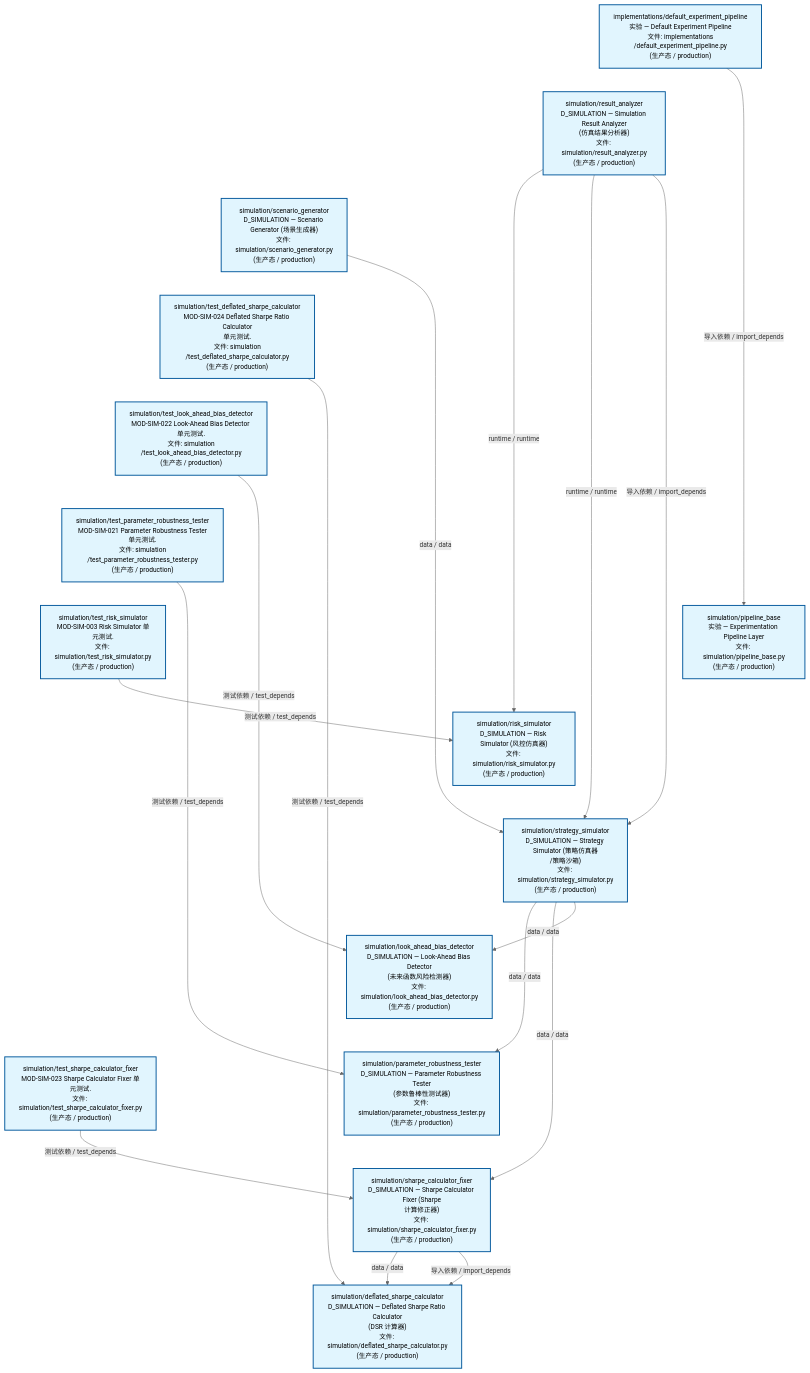
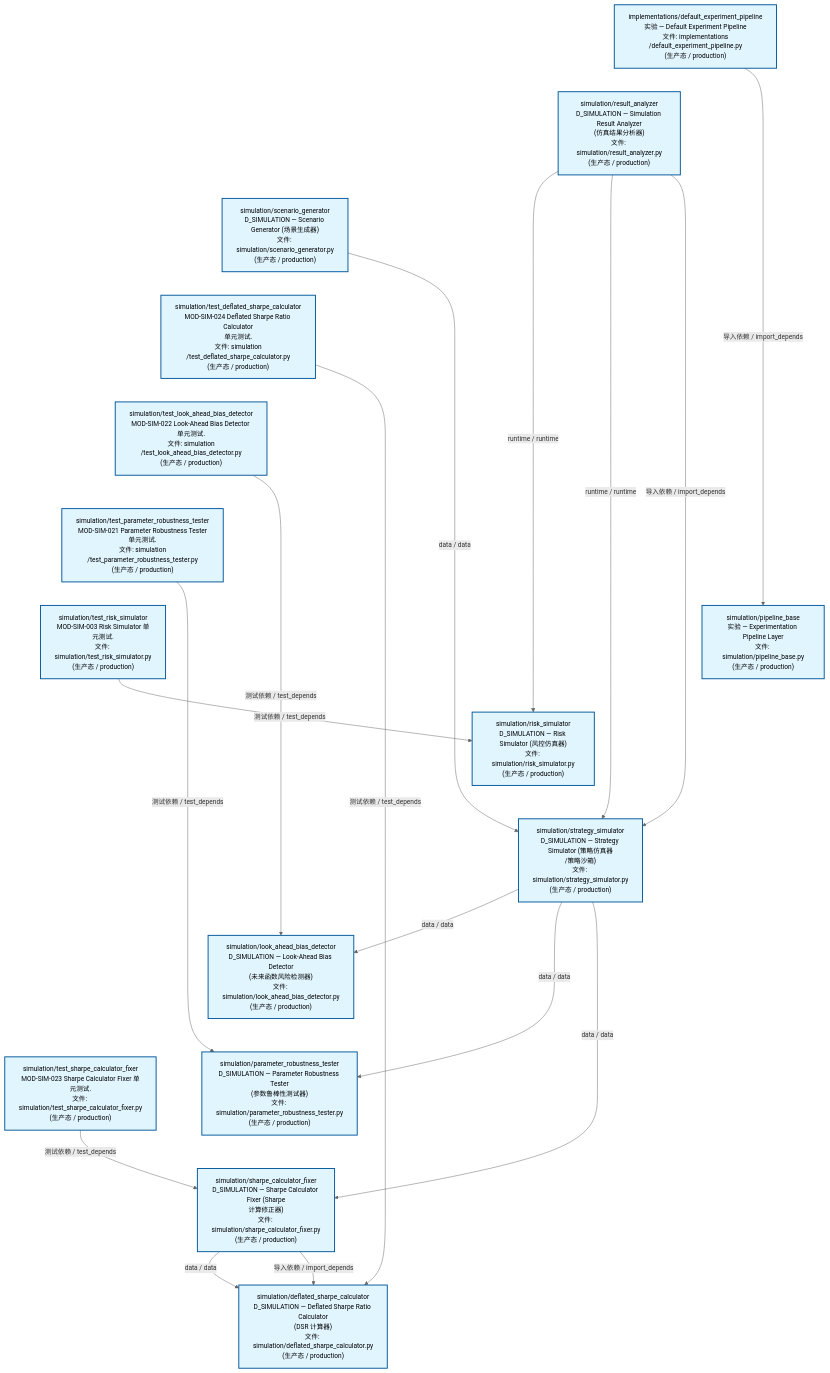
One commit to xuanFelixVan/ZephyrAlpha changed the second of 3 diagrams in docs/02_enterprise_architecture/02_domain_architecture_docs/70_d_simulation.md. Above: the diagram before and after it, drawn with Mermaid. The commit also changed other lines of this file and 79 other files, not shown here.

````diff
--- a/docs/02_enterprise_architecture/02_domain_architecture_docs/70_d_simulation.md
+++ b/docs/02_enterprise_architecture/02_domain_architecture_docs/70_d_simulation.md
@@ -123,50 +123,50 @@
 ```mermaid
 %%{init: {'theme': 'base', 'themeVariables': {'primaryColor': '#eaeaea', 'primaryTextColor': '#333333', 'primaryBorderColor': '#666666', 'lineColor': '#666666', 'secondaryColor': '#eaeaea', 'tertiaryColor': '#eaeaea', 'fontSize': '14px'}}}%%
 flowchart TD
     src_zephyr_simulation_implementations_default_experiment_pipeline_py["implementations/default_experiment_pipeline<br/>实验 — Default Experiment Pipeline<br/>文件: implementations<br/>/default_experiment_pipeline.py<br/>(生产态 / production)"]
     src_zephyr_simulation_result_analyzer_py["simulation/result_analyzer<br/>D_SIMULATION — Simulation Result Analyzer<br/>(仿真结果分析器)<br/>文件: simulation/result_analyzer.py<br/>(生产态 / production)"]
     src_zephyr_simulation_scenario_generator_py["simulation/scenario_generator<br/>D_SIMULATION — Scenario Generator (场景生成器)<br/>文件: simulation/scenario_generator.py<br/>(生产态 / production)"]
     tests_simulation_test_deflated_sharpe_calculator_py["simulation/test_deflated_sharpe_calculator<br/>MOD-SIM-024 Deflated Sharpe Ratio Calculator<br/>单元测试.<br/>文件: simulation<br/>/test_deflated_sharpe_calculator.py<br/>(生产态 / production)"]
     tests_simulation_test_look_ahead_bias_detector_py["simulation/test_look_ahead_bias_detector<br/>MOD-SIM-022 Look-Ahead Bias Detector 单元测试.<br/>文件: simulation<br/>/test_look_ahead_bias_detector.py<br/>(生产态 / production)"]
     tests_simulation_test_parameter_robustness_tester_py["simulation/test_parameter_robustness_tester<br/>MOD-SIM-021 Parameter Robustness Tester<br/>单元测试.<br/>文件: simulation<br/>/test_parameter_robustness_tester.py<br/>(生产态 / production)"]
     tests_simulation_test_risk_simulator_py["simulation/test_risk_simulator<br/>MOD-SIM-003 Risk Simulator 单元测试.<br/>文件: simulation/test_risk_simulator.py<br/>(生产态 / production)"]
     tests_simulation_test_sharpe_calculator_fixer_py["simulation/test_sharpe_calculator_fixer<br/>MOD-SIM-023 Sharpe Calculator Fixer 单元测试.<br/>文件: simulation/test_sharpe_calculator_fixer.py<br/>(生产态 / production)"]
     src_zephyr_simulation_implementations_default_experiment_pipeline_py ~~~ src_zephyr_simulation_result_analyzer_py
     src_zephyr_simulation_result_analyzer_py ~~~ src_zephyr_simulation_scenario_generator_py
     src_zephyr_simulation_scenario_generator_py ~~~ tests_simulation_test_deflated_sharpe_calculator_py
     tests_simulation_test_deflated_sharpe_calculator_py ~~~ tests_simulation_test_look_ahead_bias_detector_py
     tests_simulation_test_look_ahead_bias_detector_py ~~~ tests_simulation_test_parameter_robustness_tester_py
     tests_simulation_test_parameter_robustness_tester_py ~~~ tests_simulation_test_risk_simulator_py
     tests_simulation_test_risk_simulator_py ~~~ tests_simulation_test_sharpe_calculator_fixer_py
     src_zephyr_simulation_pipeline_base_py["simulation/pipeline_base<br/>实验 — Experimentation Pipeline Layer<br/>文件: simulation/pipeline_base.py<br/>(生产态 / production)"]
     src_zephyr_simulation_risk_simulator_py["simulation/risk_simulator<br/>D_SIMULATION — Risk Simulator (风控仿真器)<br/>文件: simulation/risk_simulator.py<br/>(生产态 / production)"]
     src_zephyr_simulation_strategy_simulator_py["simulation/strategy_simulator<br/>D_SIMULATION — Strategy Simulator (策略仿真器<br/>/策略沙箱)<br/>文件: simulation/strategy_simulator.py<br/>(生产态 / production)"]
     src_zephyr_simulation_pipeline_base_py ~~~ src_zephyr_simulation_risk_simulator_py
     src_zephyr_simulation_risk_simulator_py ~~~ src_zephyr_simulation_strategy_simulator_py
     src_zephyr_simulation_look_ahead_bias_detector_py["simulation/look_ahead_bias_detector<br/>D_SIMULATION — Look-Ahead Bias Detector<br/>(未来函数风险检测器)<br/>文件: simulation/look_ahead_bias_detector.py<br/>(生产态 / production)"]
     src_zephyr_simulation_parameter_robustness_tester_py["simulation/parameter_robustness_tester<br/>D_SIMULATION — Parameter Robustness Tester<br/>(参数鲁棒性测试器)<br/>文件: simulation/parameter_robustness_tester.py<br/>(生产态 / production)"]
     src_zephyr_simulation_sharpe_calculator_fixer_py["simulation/sharpe_calculator_fixer<br/>D_SIMULATION — Sharpe Calculator Fixer (Sharpe<br/>计算修正器)<br/>文件: simulation/sharpe_calculator_fixer.py<br/>(生产态 / production)"]
     src_zephyr_simulation_look_ahead_bias_detector_py ~~~ src_zephyr_simulation_parameter_robustness_tester_py
     src_zephyr_simulation_parameter_robustness_tester_py ~~~ src_zephyr_simulation_sharpe_calculator_fixer_py
     src_zephyr_simulation_deflated_sharpe_calculator_py["simulation/deflated_sharpe_calculator<br/>D_SIMULATION — Deflated Sharpe Ratio Calculator<br/>(DSR 计算器)<br/>文件: simulation/deflated_sharpe_calculator.py<br/>(生产态 / production)"]
     src_zephyr_simulation_result_analyzer_py -->|runtime / runtime| src_zephyr_simulation_risk_simulator_py
     src_zephyr_simulation_result_analyzer_py -->|runtime / runtime| src_zephyr_simulation_strategy_simulator_py
     src_zephyr_simulation_result_analyzer_py -->|导入依赖 / import_depends| src_zephyr_simulation_strategy_simulator_py
-    src_zephyr_simulation_scenario_generator_py -->|data / data| src_zephyr_simulation_strategy_simulator_py
     src_zephyr_simulation_sharpe_calculator_fixer_py -->|data / data| src_zephyr_simulation_deflated_sharpe_calculator_py
     src_zephyr_simulation_sharpe_calculator_fixer_py -->|导入依赖 / import_depends| src_zephyr_simulation_deflated_sharpe_calculator_py
+    src_zephyr_simulation_scenario_generator_py -->|data / data| src_zephyr_simulation_strategy_simulator_py
     src_zephyr_simulation_implementations_default_experiment_pipeline_py -->|导入依赖 / import_depends| src_zephyr_simulation_pipeline_base_py
+    src_zephyr_simulation_strategy_simulator_py -->|data / data| src_zephyr_simulation_look_ahead_bias_detector_py
     src_zephyr_simulation_strategy_simulator_py -->|data / data| src_zephyr_simulation_parameter_robustness_tester_py
     src_zephyr_simulation_strategy_simulator_py -->|data / data| src_zephyr_simulation_sharpe_calculator_fixer_py
-    src_zephyr_simulation_strategy_simulator_py -->|data / data| src_zephyr_simulation_look_ahead_bias_detector_py
     tests_simulation_test_look_ahead_bias_detector_py -->|测试依赖 / test_depends| src_zephyr_simulation_look_ahead_bias_detector_py
+    tests_simulation_test_parameter_robustness_tester_py -->|测试依赖 / test_depends| src_zephyr_simulation_parameter_robustness_tester_py
+    tests_simulation_test_risk_simulator_py -->|测试依赖 / test_depends| src_zephyr_simulation_risk_simulator_py
     tests_simulation_test_deflated_sharpe_calculator_py -->|测试依赖 / test_depends| src_zephyr_simulation_deflated_sharpe_calculator_py
     tests_simulation_test_sharpe_calculator_fixer_py -->|测试依赖 / test_depends| src_zephyr_simulation_sharpe_calculator_fixer_py
-    tests_simulation_test_risk_simulator_py -->|测试依赖 / test_depends| src_zephyr_simulation_risk_simulator_py
-    tests_simulation_test_parameter_robustness_tester_py -->|测试依赖 / test_depends| src_zephyr_simulation_parameter_robustness_tester_py
     classDef production fill:#e1f5fe,stroke:#01579b,stroke-width:2px,color:#000
     classDef design fill:#fff3e0,stroke:#e65100,stroke-width:2px,color:#000,stroke-dasharray: 5 5
     classDef external_prod fill:#e8f4fd,stroke:#0277bd,stroke-width:1px,color:#000
     classDef external_design fill:#fff8e7,stroke:#ef6c00,stroke-width:1px,color:#000,stroke-dasharray: 5 5
     class src_zephyr_simulation_deflated_sharpe_calculator_py,src_zephyr_simulation_implementations_default_experiment_pipeline_py,src_zephyr_simulation_look_ahead_bias_detector_py,src_zephyr_simulation_parameter_robustness_tester_py,src_zephyr_simulation_pipeline_base_py,src_zephyr_simulation_result_analyzer_py,src_zephyr_simulation_risk_simulator_py,src_zephyr_simulation_scenario_generator_py,src_zephyr_simulation_sharpe_calculator_fixer_py,src_zephyr_simulation_strategy_simulator_py,tests_simulation_test_deflated_sharpe_calculator_py,tests_simulation_test_look_ahead_bias_detector_py,tests_simulation_test_parameter_robustness_tester_py,tests_simulation_test_risk_simulator_py,tests_simulation_test_sharpe_calculator_fixer_py production
 ```
````
